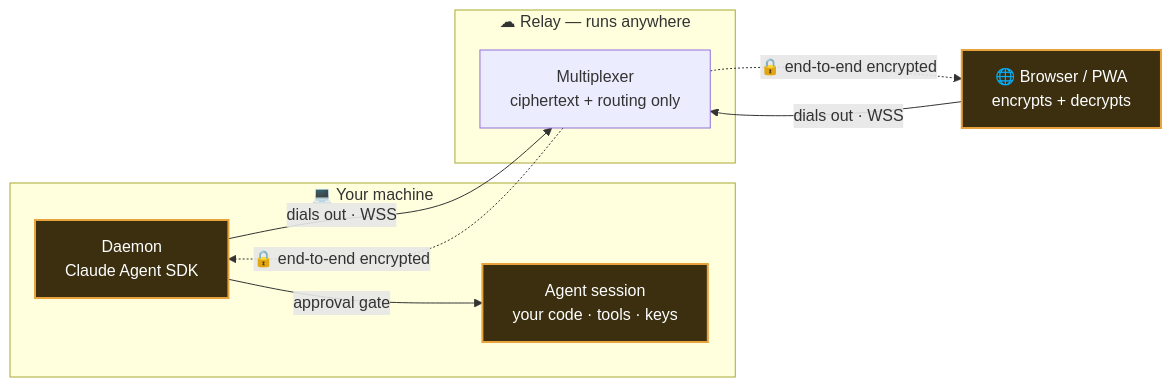
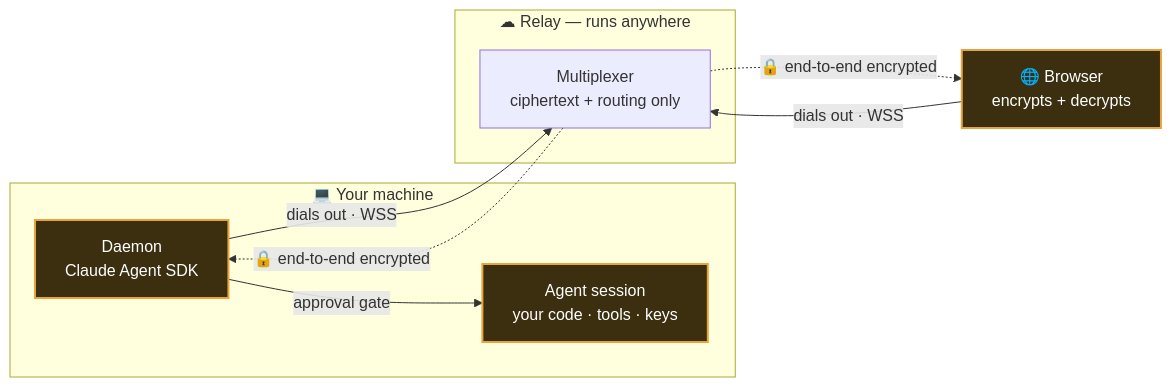
One commit to PouyanJay/telecode changed the diagram in README.md. Above: the diagram before and after it, drawn with Mermaid. The commit also changed other lines of this file and 4 other files, not shown here.

````diff
--- a/README.md
+++ b/README.md
@@ -76,20 +76,20 @@
 ```mermaid
 flowchart LR
     subgraph machine["💻 Your machine"]
         D["Daemon<br/>Claude Agent SDK"]
         A["Agent session<br/>your code · tools · keys"]
         D -->|"approval gate"| A
     end
     subgraph cloud["☁ Relay — runs anywhere"]
         R["Multiplexer<br/>ciphertext + routing only"]
     end
-    B["🌐 Browser / PWA<br/>encrypts + decrypts"]
+    B["🌐 Browser<br/>encrypts + decrypts"]
 
     B -->|"dials out · WSS"| R
     D -->|"dials out · WSS"| R
     R -.->|"🔒 end-to-end encrypted"| B
     R -.->|"🔒 end-to-end encrypted"| D
 
     classDef ends fill:#3b2f10,stroke:#e8a33d,stroke-width:2px,color:#fff;
     class B,D,A ends
 ```
````
